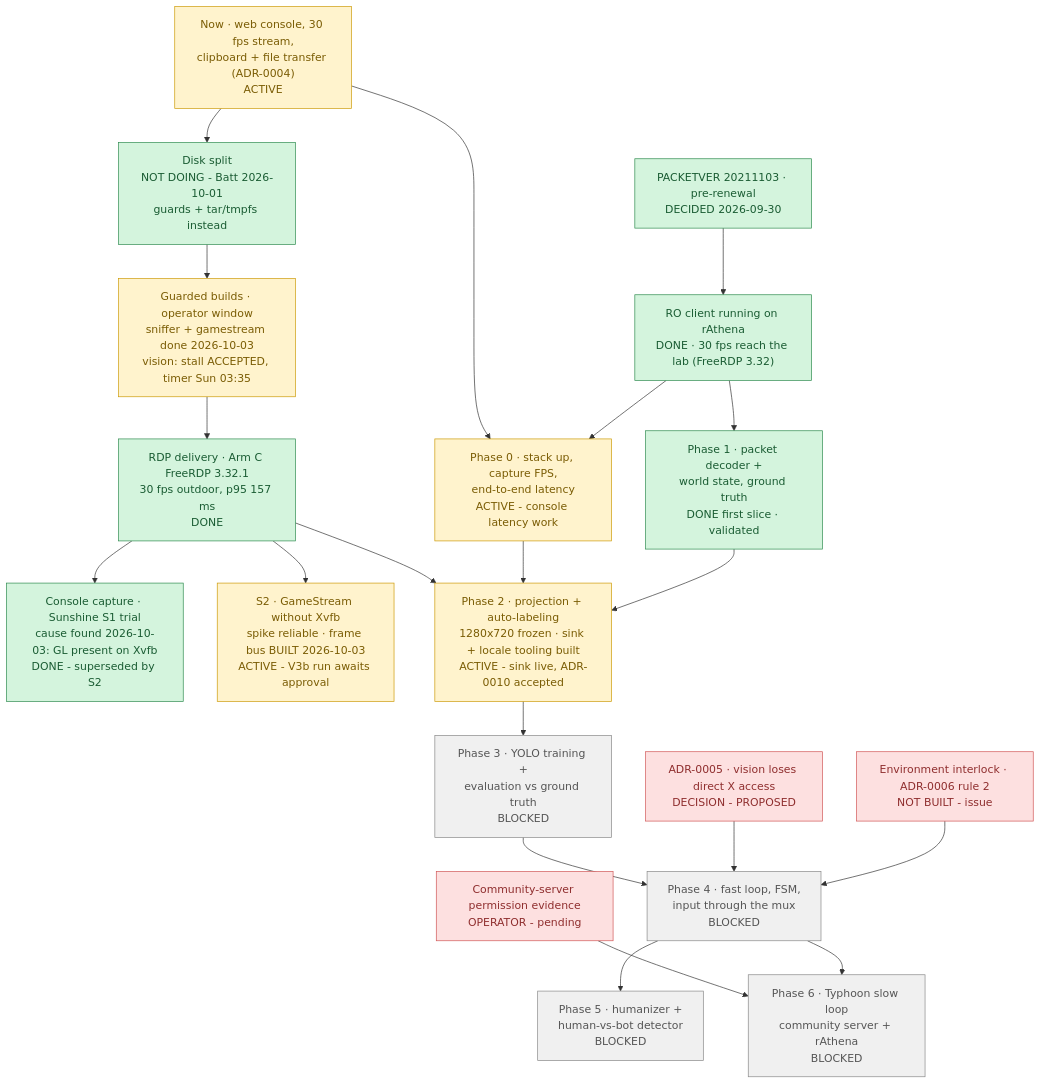
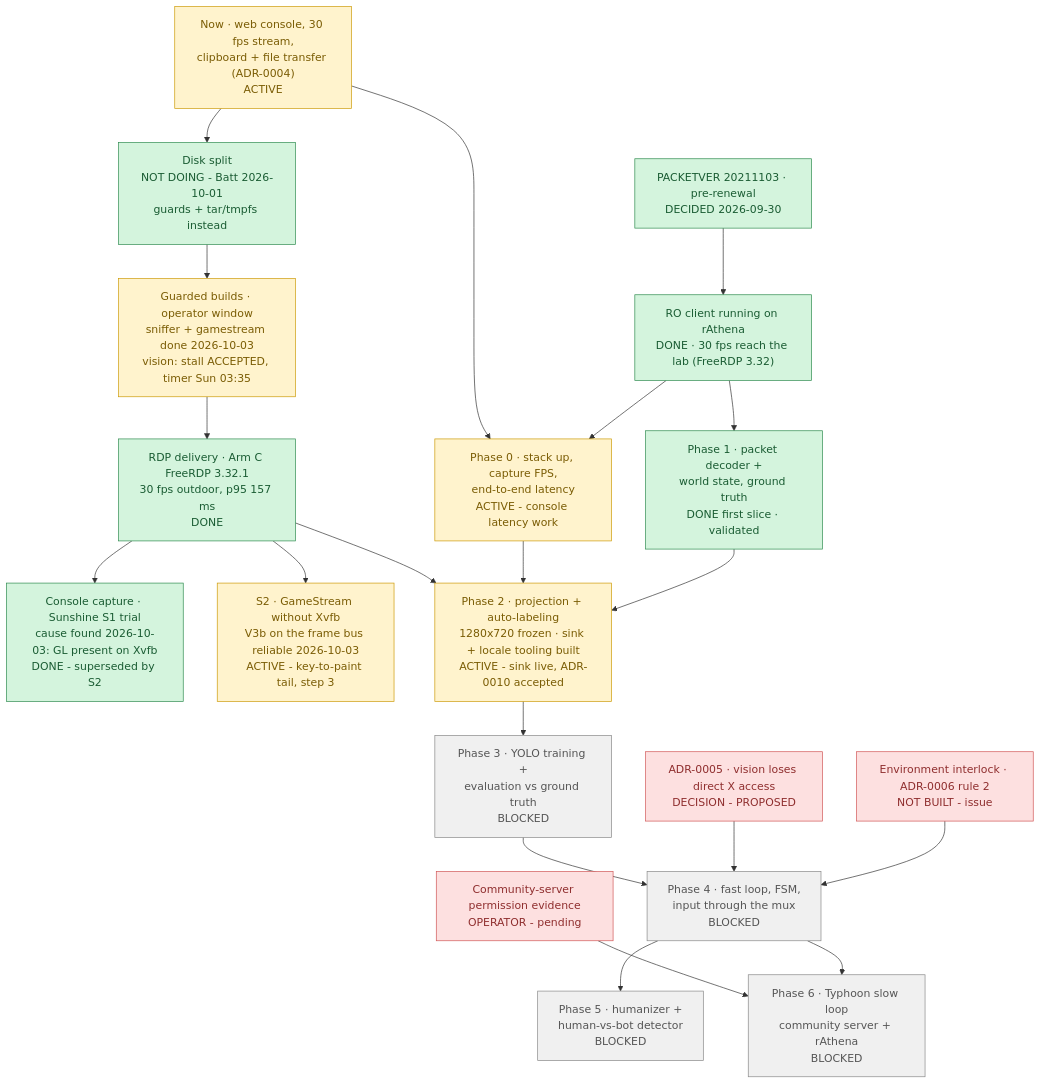
Before and after one commit to lumduan/poring-lab: the diagram in docs/ROADMAP.md, drawn with Mermaid. The commit also changed other lines of this file and 9 other files, not shown here.

````diff
--- a/docs/ROADMAP.md
+++ b/docs/ROADMAP.md
@@ -11,51 +11,51 @@
 ```mermaid
 flowchart TD
     N1["Now · web console, 30 fps stream,<br/>clipboard + file transfer (ADR-0004)<br/>ACTIVE"]
     N2["Disk split<br/>NOT DOING - Batt 2026-10-01<br/>guards + tar/tmpfs instead"]
     N3["Guarded builds · operator window<br/>sniffer + gamestream done 2026-10-03<br/>vision: stall ACCEPTED, timer Sun 03:35"]
     D1["PACKETVER 20211103 · pre-renewal<br/>DECIDED 2026-09-30"]
     S1["RO client running on rAthena<br/>DONE · 30 fps reach the lab (FreeRDP 3.32)"]
     D2["ADR-0005 · vision loses direct X access<br/>DECISION - PROPOSED"]
     D3["Environment interlock · ADR-0006 rule 2<br/>NOT BUILT - issue"]
     E1["Community-server permission evidence<br/>OPERATOR - pending"]
     P0["Phase 0 · stack up, capture FPS,<br/>end-to-end latency<br/>ACTIVE - console latency work"]
     P1["Phase 1 · packet decoder +<br/>world state, ground truth<br/>DONE first slice · validated"]
     H1["RDP delivery · Arm C FreeRDP 3.32.1<br/>30 fps outdoor, p95 157 ms<br/>DONE"]
     C1["Console capture · Sunshine S1 trial<br/>cause found 2026-10-03: GL present on Xvfb<br/>DONE - superseded by S2"]
-    S2["S2 · GameStream without Xvfb<br/>spike reliable · frame bus BUILT 2026-10-03<br/>ACTIVE - V3b run awaits approval"]
+    S2["S2 · GameStream without Xvfb<br/>V3b on the frame bus reliable 2026-10-03<br/>ACTIVE - key-to-paint tail, step 3"]
     P2["Phase 2 · projection + auto-labeling<br/>1280x720 frozen · sink + locale tooling built<br/>ACTIVE - sink live, ADR-0010 accepted"]
     P3["Phase 3 · YOLO training +<br/>evaluation vs ground truth<br/>BLOCKED"]
     P4["Phase 4 · fast loop, FSM,<br/>input through the mux<br/>BLOCKED"]
     P5["Phase 5 · humanizer +<br/>human-vs-bot detector<br/>BLOCKED"]
     P6["Phase 6 · Typhoon slow loop<br/>community server + rAthena<br/>BLOCKED"]
 
     N1 --> N2 --> N3
     N3 --> H1
     H1 --> C1
     H1 --> S2
     H1 --> P2
     D1 --> S1
     N1 --> P0
     S1 --> P0
     S1 --> P1
     P0 --> P2
     P1 --> P2
     P2 --> P3 --> P4
     D2 --> P4
     D3 --> P4
     E1 --> P6
     P4 --> P5
     P4 --> P6
 
     classDef done     fill:#d4f4dd,stroke:#2d8a4e,color:#1a5c33
     classDef active   fill:#fff3cd,stroke:#cc9a06,color:#7a5c04
     classDef ready    fill:#d6e9ff,stroke:#3b7dd8,color:#1e4d8f
     classDef blocked  fill:#f0f0f0,stroke:#888,color:#555
     classDef decision fill:#fde0e0,stroke:#d05555,color:#8f2e2e
     classDef goal     fill:#ede0fb,stroke:#8a5cd8,color:#4d2e8f
 
     class D1,S1,P1,N2,H1,C1 done
     class N1,P0,P2,S2,N3 active
     class D2,D3,E1 decision
     class P3,P4,P5,P6 blocked
 ```
````
